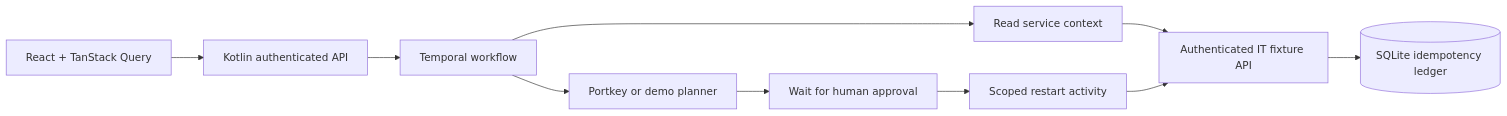
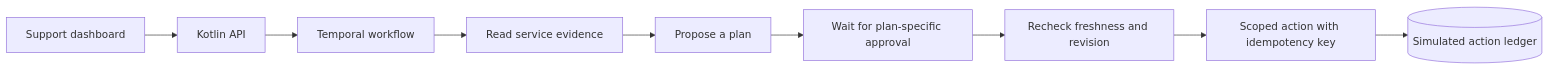
The diagram in README.md (a-akheel/deskpilot), drawn with Mermaid before and after one commit. The commit also changed other lines of this file and 16 other files, not shown here.

Commit message:
Polish the approval dashboard and document a runnable local demo

````diff
--- a/README.md
+++ b/README.md
@@ -17,12 +48,11 @@
 ```mermaid
 flowchart LR
- UI[React + TanStack Query] --> API[Kotlin authenticated API]
- API --> WF[Temporal workflow]
- WF --> READ[Read service context]
- READ --> IT[Authenticated IT fixture API]
- WF --> PLAN[Portkey or demo planner]
- PLAN --> APPROVAL[Wait for human approval]
- APPROVAL --> EXEC[Scoped restart activity]
- EXEC --> IT
- IT --> DB[(SQLite idempotency ledger)]
+ UI[Support dashboard] --> API[Kotlin API]
+ API --> W[Temporal workflow]
+ W --> C[Read service evidence]
+ C --> P[Propose a plan]
+ P --> H[Wait for plan-specific approval]
+ H --> R[Recheck freshness and revision]
+ R --> A[Scoped action with idempotency key]
+ A --> L[(Simulated action ledger)]
 ```
````
